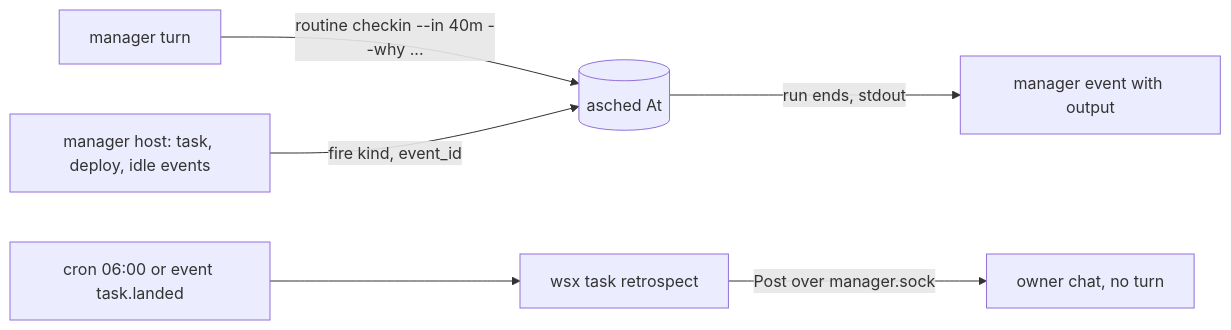
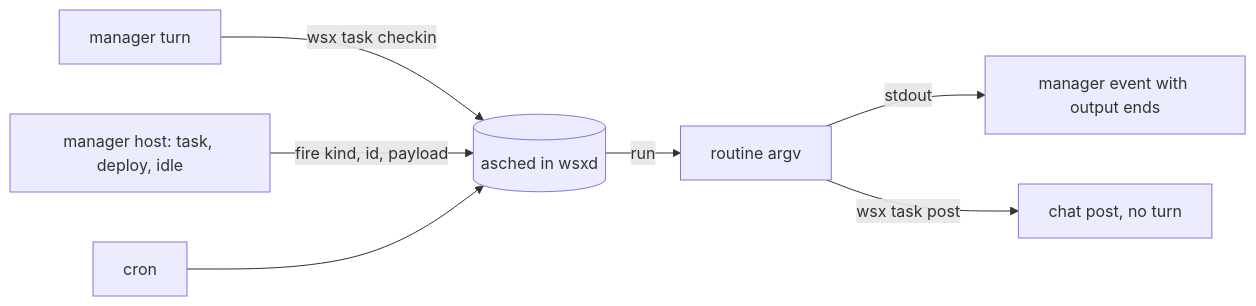
One commit to vlwkaos/wsx changed the diagram in docs/design/dynamic-routines-retrospect.md. Above: the diagram before and after it, drawn with Mermaid. The commit also changed other lines of this file and 19 other files, not shown here.

First line of the commit message:
feat(routine): one-shot at triggers, task and deploy events, check-ins and chat posts

````diff
--- a/docs/design/dynamic-routines-retrospect.md
+++ b/docs/design/dynamic-routines-retrospect.md
@@ -16,8 +19,9 @@
 ```mermaid
 flowchart LR
-  M[manager turn] -->|routine checkin --in 40m --why ...| A[(asched At)]
-  H[manager host: task, deploy, idle events] -->|fire kind, event_id| A
-  A -->|run ends, stdout| E[manager event with output]
-  R[cron 06:00 or event task.landed] --> T[wsx task retrospect]
-  T -->|Post over manager.sock| C[owner chat, no turn]
+  M[manager turn] -->|wsx task checkin| A[(asched in wsxd)]
+  H[manager host: task, deploy, idle] -->|fire kind, id, payload| A
+  C[cron] --> A
+  A -->|run| R[routine argv]
+  R -->|stdout| E[manager event with output ends]
+  R -->|wsx task post| P[chat post, no turn]
 ```
````
